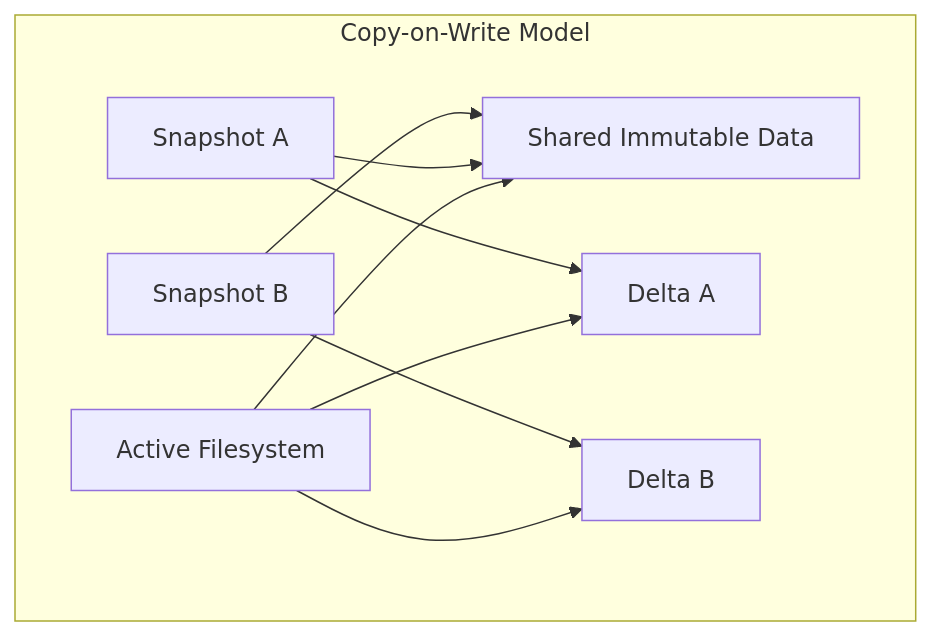
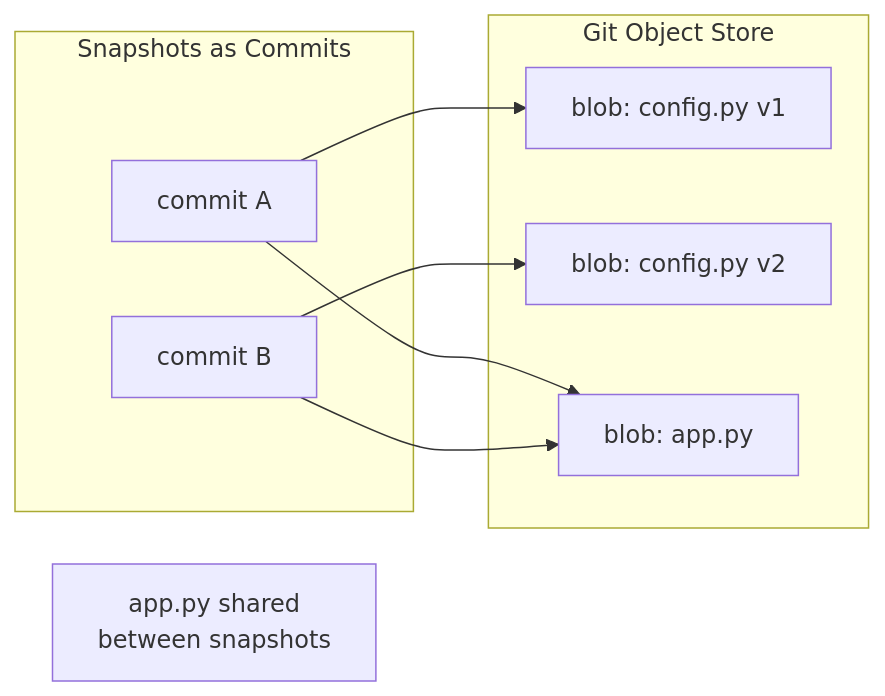
One commit to weakincentives/weakincentives changed the second of 2 diagrams in specs/FILESYSTEM.md. Above: the diagram before and after it, drawn with Mermaid. The commit also changed other lines of this file, not shown here.

First line of the commit message:
Simplify filesystem snapshot spec to git-based unified strategy

````diff
--- a/specs/FILESYSTEM.md
+++ b/specs/FILESYSTEM.md
@@ -924,19 +861,17 @@
 ```mermaid
-flowchart TB
-    subgraph COW["Copy-on-Write Model"]
-        Active["Active Filesystem"]
-        Snap1["Snapshot A"]
-        Snap2["Snapshot B"]
-        Shared["Shared Immutable Data"]
-        Delta1["Delta A"]
-        Delta2["Delta B"]
+flowchart LR
+    subgraph Git["Git Object Store"]
+        Blob1["blob: config.py v1"]
+        Blob2["blob: config.py v2"]
+        Blob3["blob: app.py"]
     end
 
-    Active --> Shared
-    Snap1 --> Shared
-    Snap2 --> Shared
-    Active --> Delta1
-    Active --> Delta2
-    Snap1 --> Delta1
-    Snap2 --> Delta2
+    subgraph Commits["Snapshots as Commits"]
+        C1["commit A"] --> Blob1
+        C1 --> Blob3
+        C2["commit B"] --> Blob2
+        C2 --> Blob3
+    end
+
+    Note["app.py shared<br/>between snapshots"]
 ```
````
